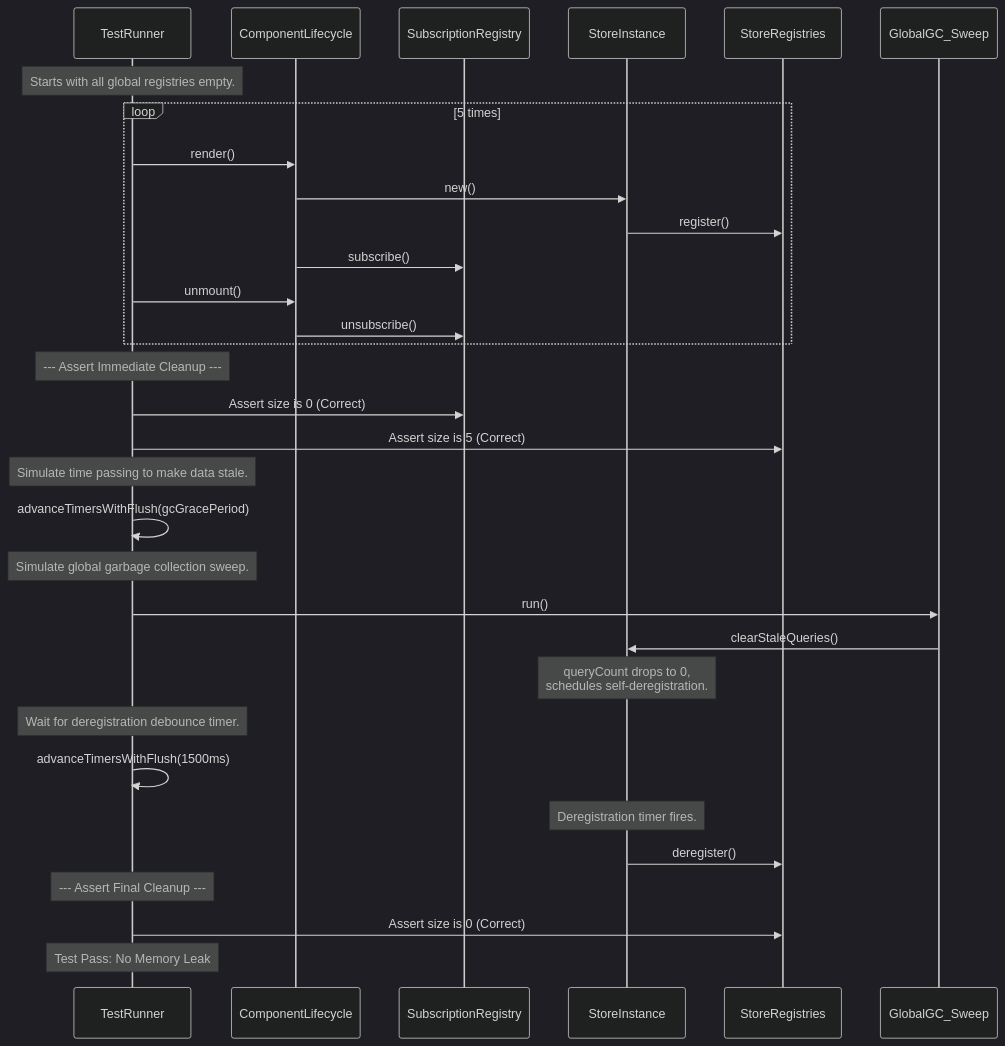
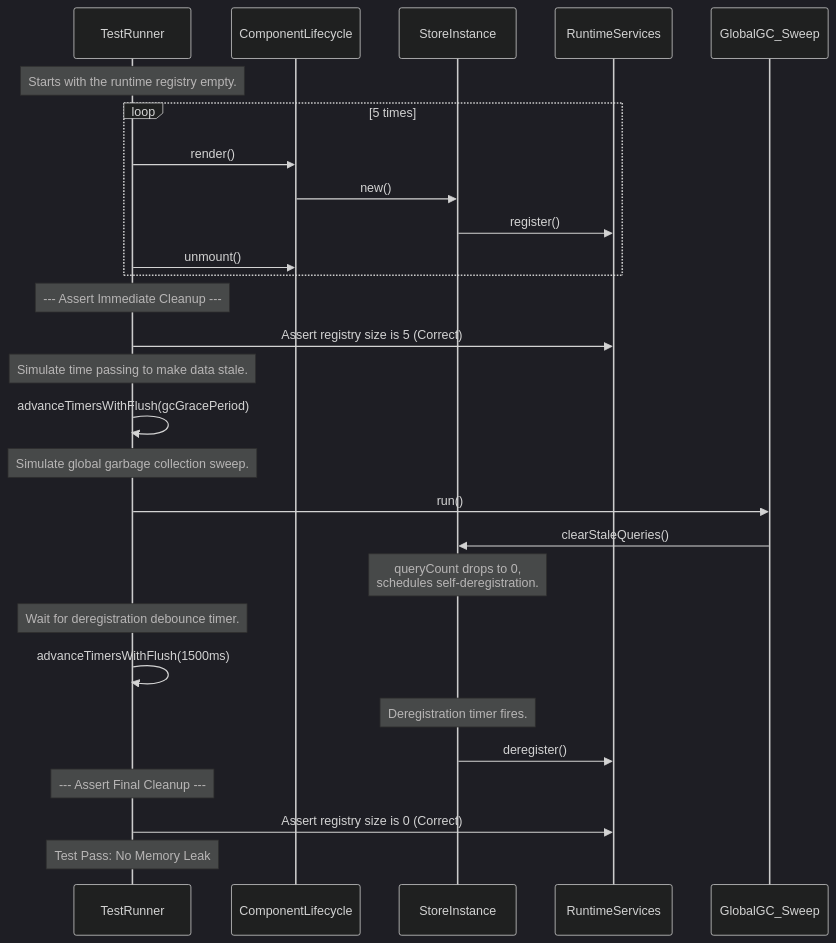
One commit to travelr/factora changed the first of 4 diagrams in docs/api-store-factory.tests.md. Above: the diagram before and after it, drawn with Mermaid (dark theme). The commit also changed other lines of this file and 37 other files, not shown here.

````diff
--- a/docs/api-store-factory.tests.md
+++ b/docs/api-store-factory.tests.md
@@ -128,42 +133,38 @@
 ```mermaid
 sequenceDiagram
 participant TestRunner
 participant ComponentLifecycle
-participant SubscriptionRegistry
 participant StoreInstance
-participant StoreRegistries
+participant RuntimeServices
 participant GlobalGC_Sweep
 
-    Note over TestRunner: Starts with all global registries empty.
+    Note over TestRunner: Starts with the runtime registry empty.
 
     loop 5 times
         TestRunner->>ComponentLifecycle: render()
         ComponentLifecycle->>StoreInstance: new()
-        StoreInstance->>StoreRegistries: register()
-        ComponentLifecycle->>SubscriptionRegistry: subscribe()
+        StoreInstance->>RuntimeServices: register()
         TestRunner->>ComponentLifecycle: unmount()
-        ComponentLifecycle->>SubscriptionRegistry: unsubscribe()
     end
 
     Note over TestRunner: --- Assert Immediate Cleanup ---
-    TestRunner->>SubscriptionRegistry: Assert size is 0 (Correct)
-    TestRunner->>StoreRegistries: Assert size is 5 (Correct)
+    TestRunner->>RuntimeServices: Assert registry size is 5 (Correct)
 
     Note over TestRunner: Simulate time passing to make data stale.
     TestRunner->>TestRunner: advanceTimersWithFlush(gcGracePeriod)
 
     Note over TestRunner: Simulate global garbage collection sweep.
     TestRunner->>GlobalGC_Sweep: run()
     GlobalGC_Sweep->>StoreInstance: clearStaleQueries()
     Note over StoreInstance: queryCount drops to 0,<br/>schedules self-deregistration.
 
     Note over TestRunner: Wait for deregistration debounce timer.
     TestRunner->>TestRunner: advanceTimersWithFlush(1500ms)
     Note over StoreInstance: Deregistration timer fires.
-    StoreInstance->>StoreRegistries: deregister()
+    StoreInstance->>RuntimeServices: deregister()
 
     Note over TestRunner: --- Assert Final Cleanup ---
-    TestRunner->>StoreRegistries: Assert size is 0 (Correct)
+    TestRunner->>RuntimeServices: Assert registry size is 0 (Correct)
     Note over TestRunner: Test Pass: No Memory Leak
 
 ```
````
